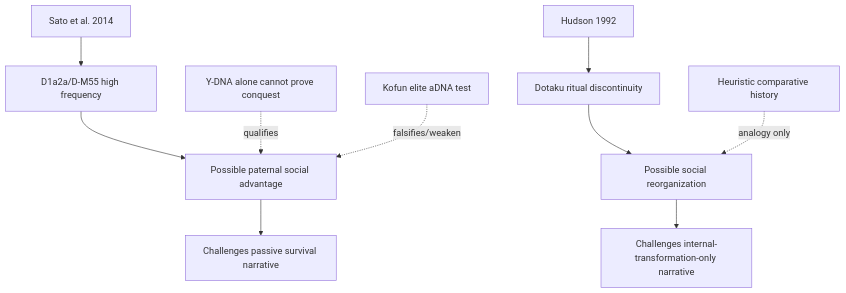
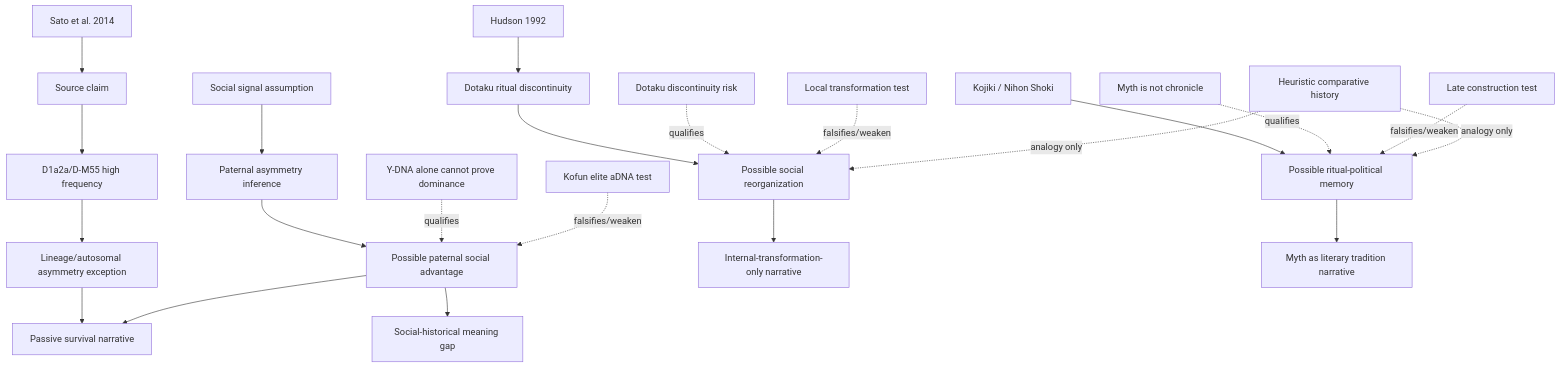
The diagram in examples/jomon_dotaku_kiki/graph_sample.md (tasuku-9/epistemic-gap-mapper-skill), drawn with Mermaid before and after one commit. The commit also changed 20 other files, not shown here.

````diff
--- a/examples/jomon_dotaku_kiki/graph_sample.md
+++ b/examples/jomon_dotaku_kiki/graph_sample.md
@@ -3,13 +3,26 @@
 ```mermaid
 graph TD
-  P1[Sato et al. 2014] --> E1[D1a2a/D-M55 high frequency]
-  E1 --> UC1[Possible paternal social advantage]
-  UC1 --> N2[Challenges passive survival narrative]
-  R1[Y-DNA alone cannot prove conquest] -. qualifies .-> UC1
+  P1[Sato et al. 2014] --> SC1[Source claim]
+  SC1 --> E1[D1a2a/D-M55 high frequency]
+  E1 --> EX1[Lineage/autosomal asymmetry exception]
+  EX1 --> N2[Passive survival narrative]
+  A1[Social signal assumption] --> I1[Paternal asymmetry inference]
+  I1 --> UC1[Possible paternal social advantage]
+  UC1 --> G1[Social-historical meaning gap]
+  UC1 --> N2
+  R1[Y-DNA alone cannot prove dominance] -. qualifies .-> UC1
   F1[Kofun elite aDNA test] -. falsifies/weaken .-> UC1
 
   P2[Hudson 1992] --> E2[Dotaku ritual discontinuity]
   E2 --> UC2[Possible social reorganization]
-  UC2 --> N3[Challenges internal-transformation-only narrative]
+  UC2 --> N3[Internal-transformation-only narrative]
+  R2[Dotaku discontinuity risk] -. qualifies .-> UC2
+  F2[Local transformation test] -. falsifies/weaken .-> UC2
+
+  P3[Kojiki / Nihon Shoki] --> UC3[Possible ritual-political memory]
+  UC3 --> N4[Myth as literary tradition narrative]
+  R3[Myth is not chronicle] -. qualifies .-> UC3
+  F3[Late construction test] -. falsifies/weaken .-> UC3
   M7[Heuristic comparative history] -. analogy only .-> UC2
+  M7 -. analogy only .-> UC3
 ```
````
